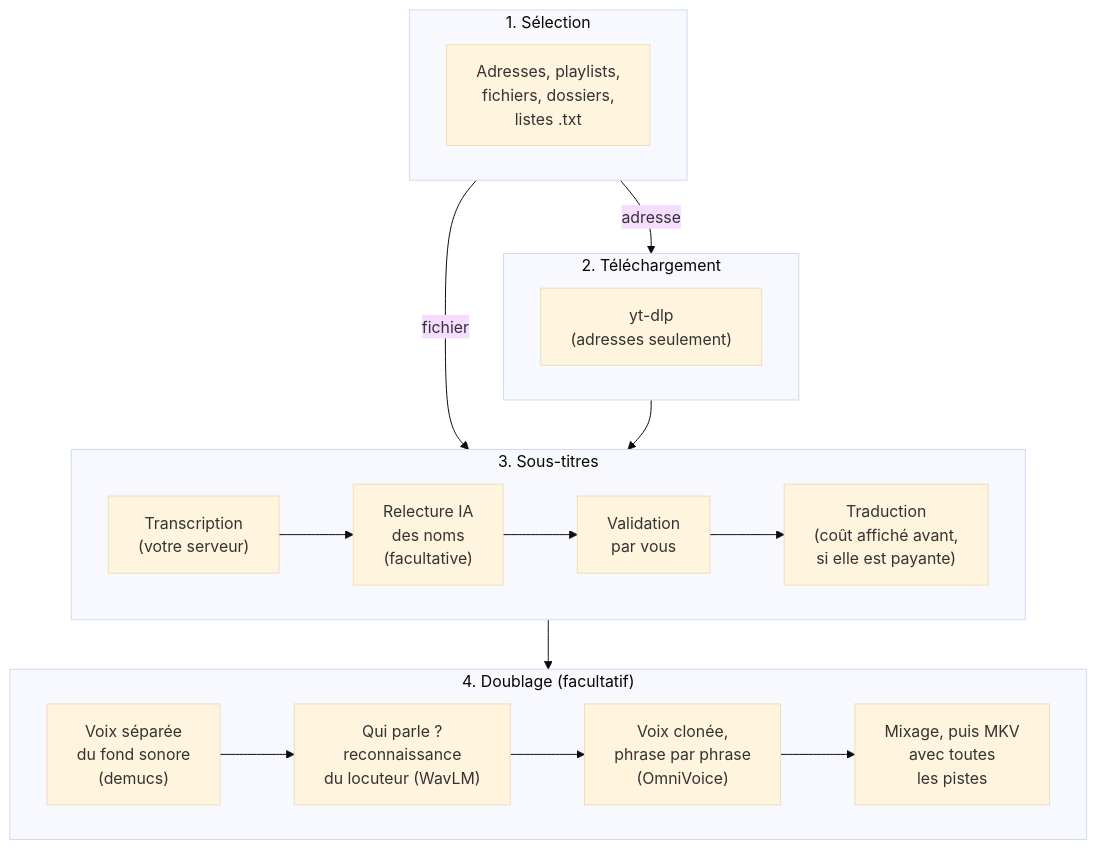
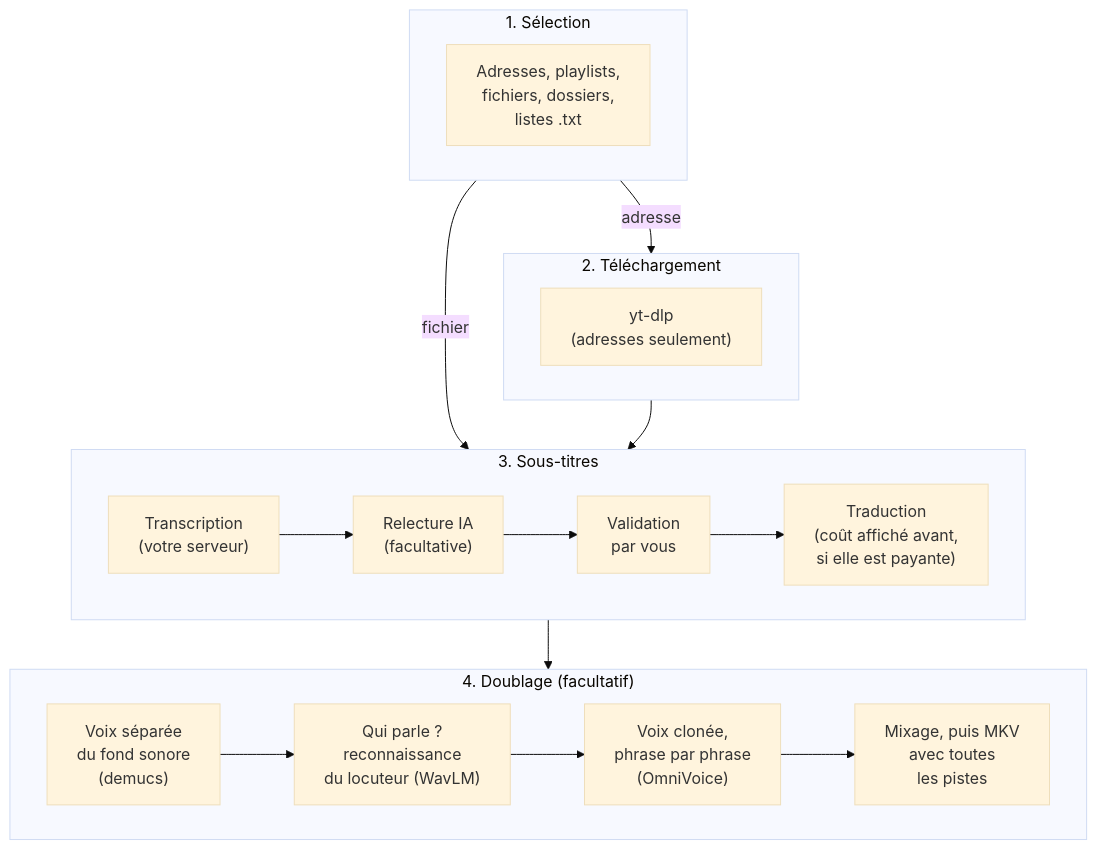
Before and after one commit to DamienBecherini/dl-sub-dub: the diagram in README.fr.md, drawn with Mermaid (base theme). The commit also changed other lines of this file and 60 other files, not shown here.

````diff
--- a/README.fr.md
+++ b/README.fr.md
@@ -42,21 +42,21 @@
 ```mermaid
 flowchart TB
   subgraph s1["1. Sélection"]
     add["Adresses, playlists,<br/>fichiers, dossiers,<br/>listes .txt"]
   end
   subgraph s2["2. Téléchargement"]
     dl["yt-dlp<br/>(adresses seulement)"]
   end
   subgraph s3["3. Sous-titres"]
     direction LR
-    tr["Transcription<br/>(votre serveur)"] --> rev["Relecture IA<br/>des noms<br/>(facultative)"] --> val["Validation<br/>par vous"] --> tl["Traduction<br/>(coût affiché avant,<br/>si elle est payante)"]
+    tr["Transcription<br/>(votre serveur)"] --> rev["Relecture IA<br/>(facultative)"] --> val["Validation<br/>par vous"] --> tl["Traduction<br/>(coût affiché avant,<br/>si elle est payante)"]
   end
   subgraph s4["4. Doublage (facultatif)"]
     direction LR
     sep["Voix séparée<br/>du fond sonore<br/>(demucs)"] --> spk["Qui parle ?<br/>reconnaissance<br/>du locuteur (WavLM)"] --> dub["Voix clonée,<br/>phrase par phrase<br/>(OmniVoice)"] --> mkv["Mixage, puis MKV<br/>avec toutes<br/>les pistes"]
   end
   s1 -->|"adresse"| s2
   s1 -->|"fichier"| s3
   s2 --> s3
   s3 --> s4
 ```
````
